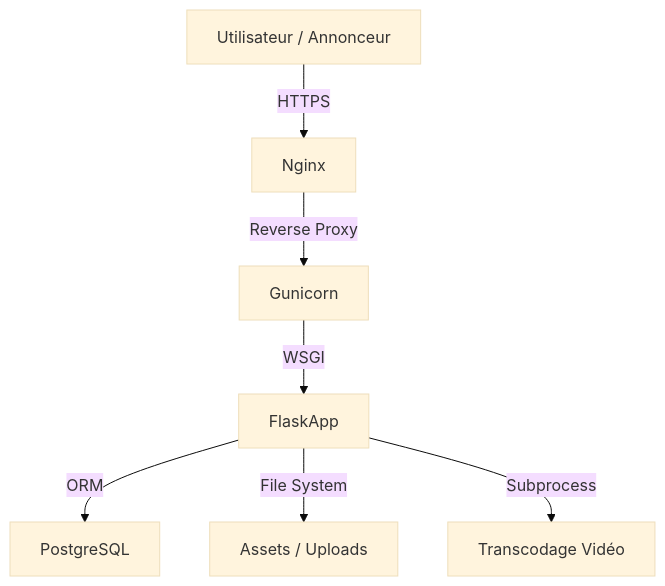
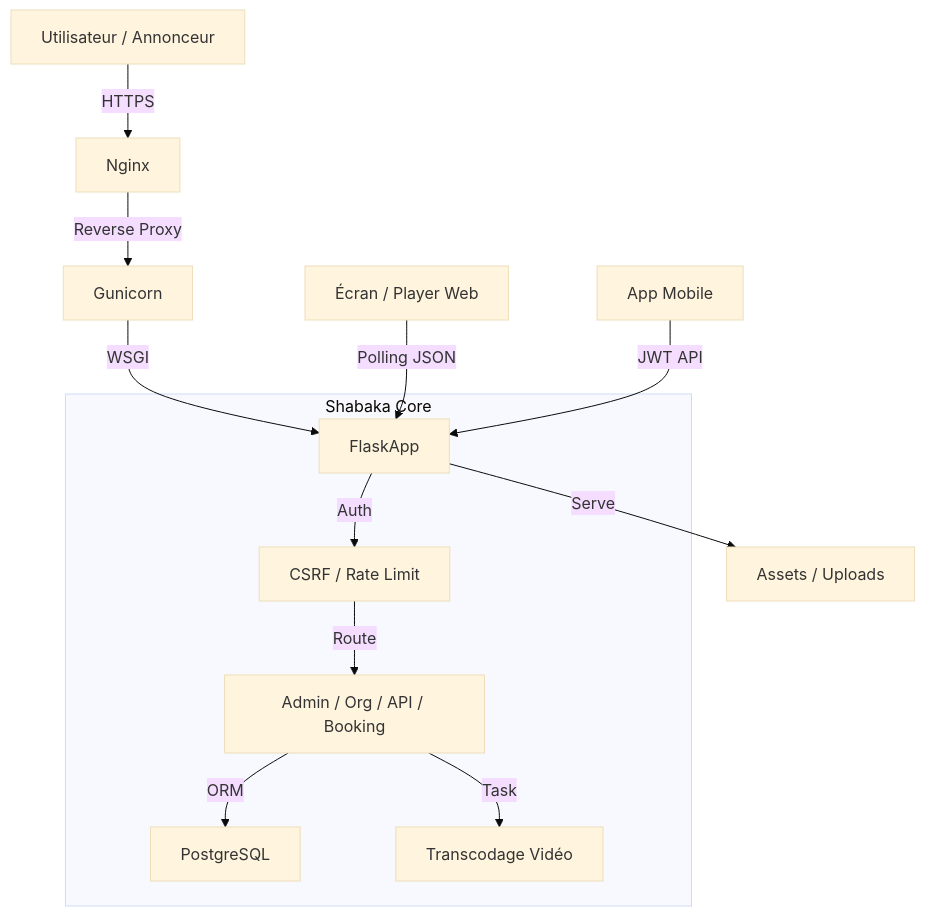
The diagram in README.md (moa-digitalagency/AdScreen), drawn with Mermaid (base theme) before and after one commit. The commit also changed other lines of this file and 4 other files, not shown here.

````diff
--- a/README.md
+++ b/README.md
@@ -49,9 +49,17 @@
 ```mermaid
 graph TD
     User[Utilisateur / Annonceur] -->|HTTPS| Nginx
     Nginx -->|Reverse Proxy| Gunicorn
     Gunicorn -->|WSGI| FlaskApp
-    FlaskApp -->|ORM| PostgreSQL
-    FlaskApp -->|File System| StaticFiles[Assets / Uploads]
-    FlaskApp -->|Subprocess| FFmpeg[Transcodage Vidéo]
+
+    subgraph "Shabaka Core"
+        FlaskApp -->|Auth| Security[CSRF / Rate Limit]
+        Security -->|Route| Blueprints[Admin / Org / API / Booking]
+        Blueprints -->|ORM| PostgreSQL
+        Blueprints -->|Task| FFmpeg[Transcodage Vidéo]
+    end
+
+    FlaskApp -->|Serve| StaticFiles[Assets / Uploads]
+    Player[Écran / Player Web] -->|Polling JSON| FlaskApp
+    MobileApp[App Mobile] -->|JWT API| FlaskApp
 ```
````
